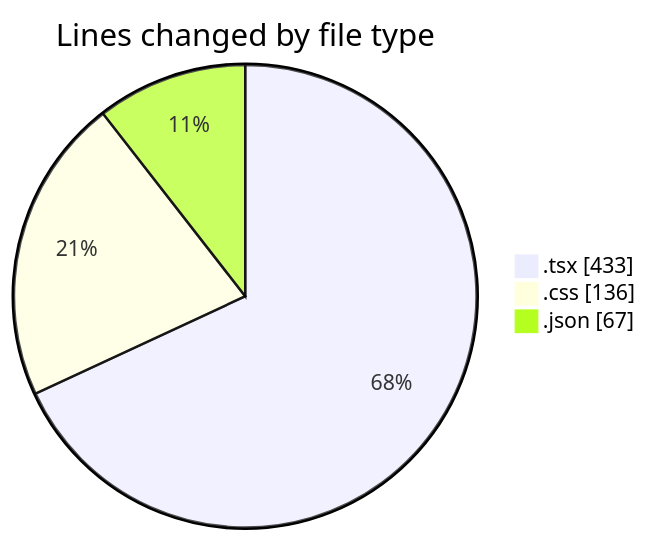
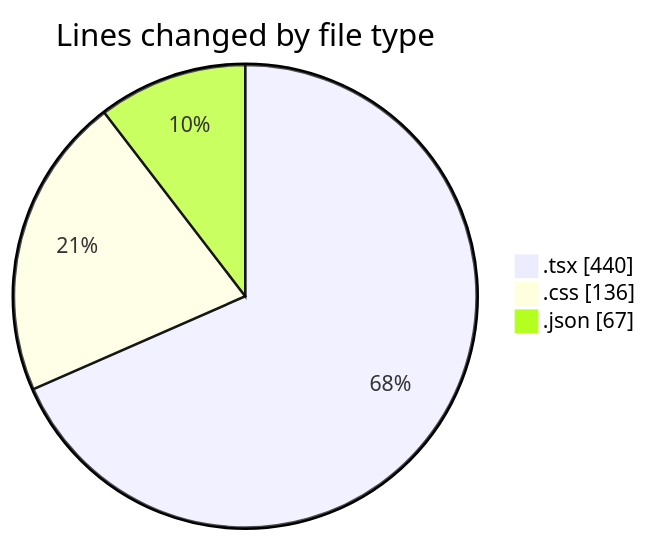
Before and after one commit to robertbonfada/code-tracking: the first of 2 diagrams in 2025-01-08/mbc-web/README.md, drawn with Mermaid. The commit also changed other lines of this file and 1 other file, not shown here.

````diff
--- a/2025-01-08/mbc-web/README.md
+++ b/2025-01-08/mbc-web/README.md
@@ -32,7 +32,7 @@
 ```mermaid
 pie showData
 title Lines changed by file type
-".tsx" : 433
+".tsx" : 440
 ".css" : 136
 ".json" : 67
 ```
````
